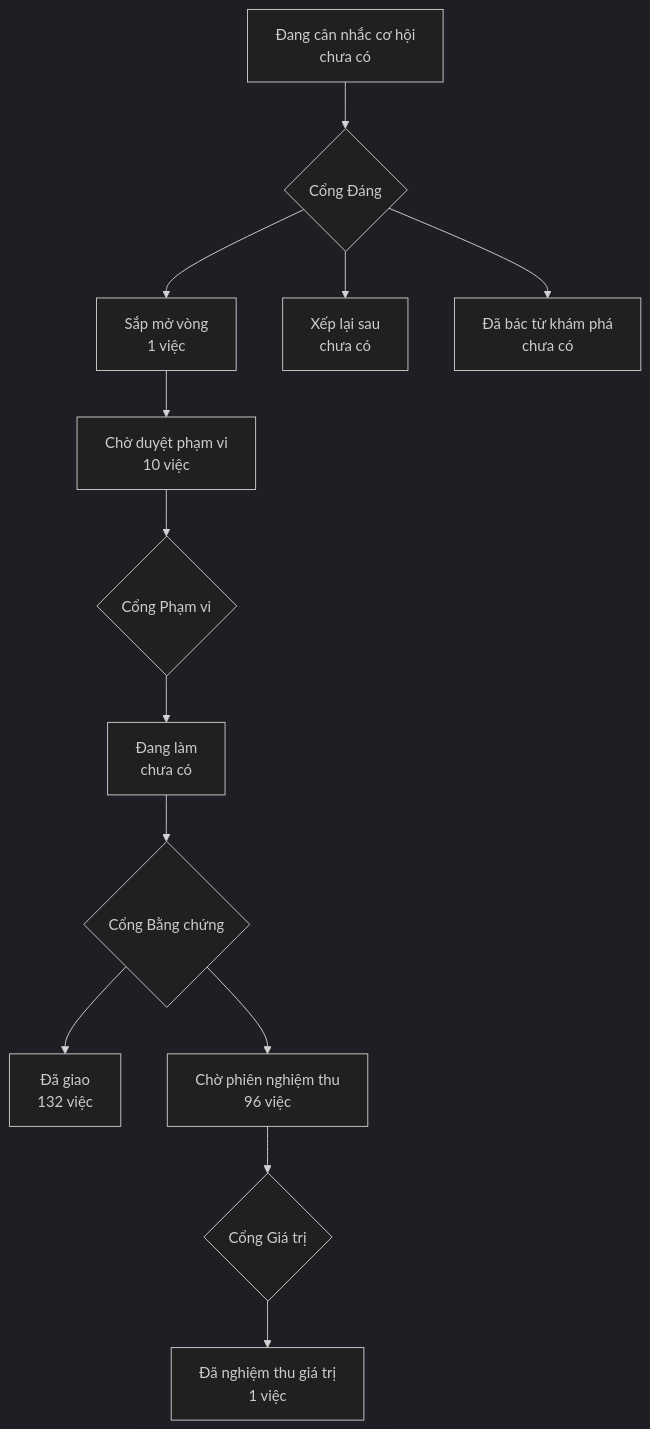
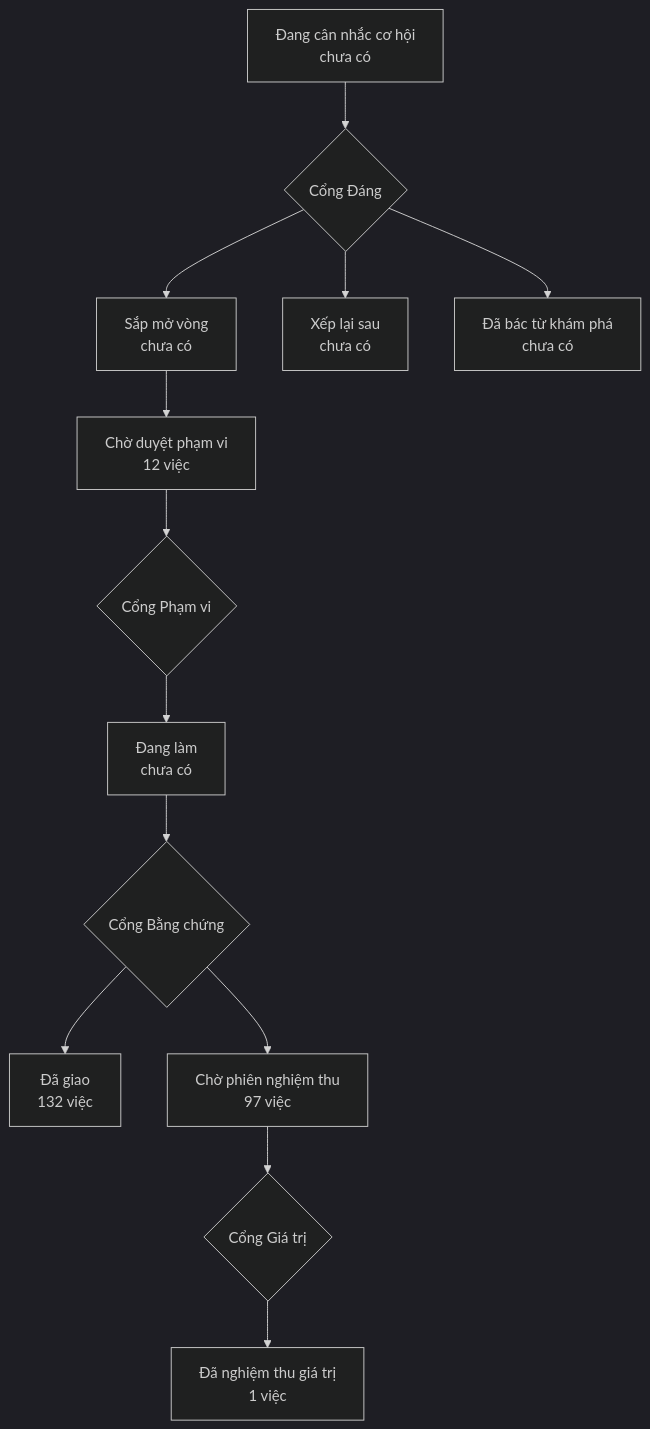
The diagram in PRODUCT-MAP.md (phanlemanh/onehub-invest), drawn with Mermaid (dark theme) before and after one commit. The commit also changed other lines of this file and 1 other file, not shown here.

````diff
--- a/PRODUCT-MAP.md
+++ b/PRODUCT-MAP.md
@@ -7,12 +7,12 @@
 ```mermaid
 flowchart TD
   A["Đang cân nhắc cơ hội<br/>chưa có"] --> GD{"Cổng Đáng"}
-  GD --> B["Sắp mở vòng<br/>1 việc"]
+  GD --> B["Sắp mở vòng<br/>chưa có"]
   GD --> XL["Xếp lại sau<br/>chưa có"]
   GD --> DB["Đã bác từ khám phá<br/>chưa có"]
-  B --> CD["Chờ duyệt phạm vi<br/>10 việc"] --> GP{"Cổng Phạm vi"}
+  B --> CD["Chờ duyệt phạm vi<br/>12 việc"] --> GP{"Cổng Phạm vi"}
   GP --> DL["Đang làm<br/>chưa có"] --> GB{"Cổng Bằng chứng"}
   GB --> DG["Đã giao<br/>132 việc"]
-  GB --> CN["Chờ phiên nghiệm thu<br/>96 việc"] --> GG{"Cổng Giá trị"}
+  GB --> CN["Chờ phiên nghiệm thu<br/>97 việc"] --> GG{"Cổng Giá trị"}
   GG --> NT["Đã nghiệm thu giá trị<br/>1 việc"]
 ```
````
